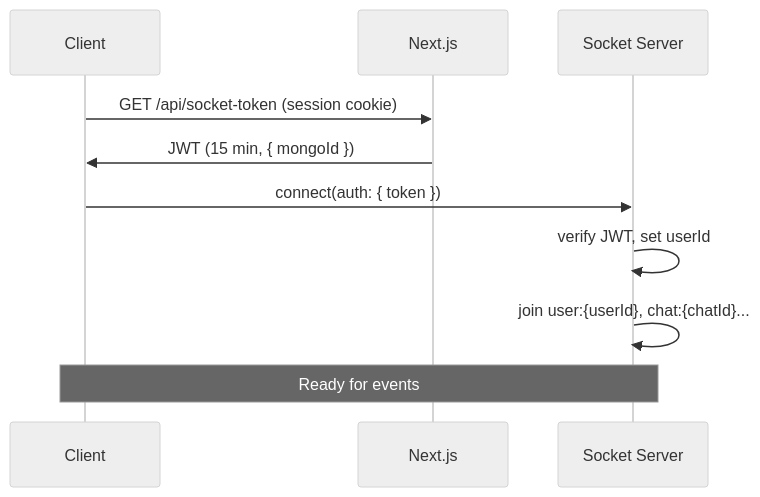
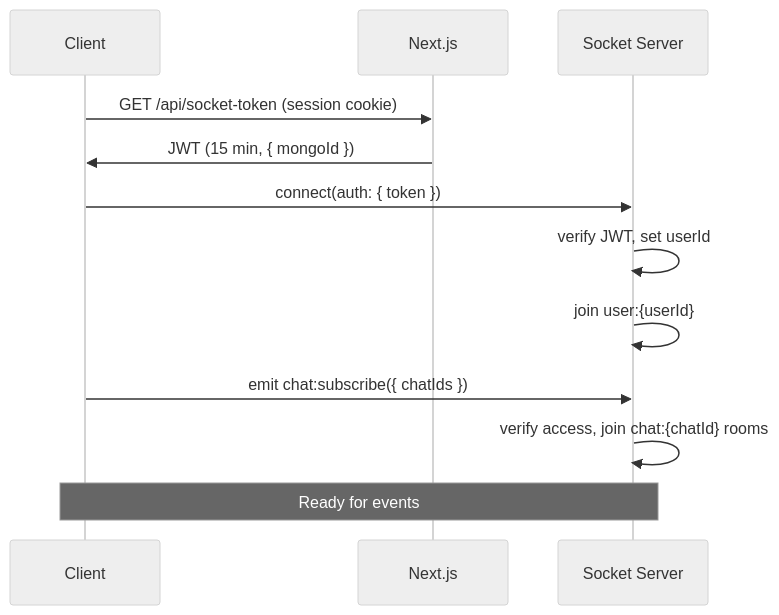
Before and after one commit to vinayak-jaybhaye/crewchat: the third of 3 diagrams in docs/REALTIME.md, drawn with Mermaid (neutral theme). The commit also changed other lines of this file and 3 other files, not shown here.

Commit message:
docs: update architecture, realtime, and deployment documentation for next.js 16 and socket scaling

````diff
--- a/docs/REALTIME.md
+++ b/docs/REALTIME.md
@@ -131,13 +141,15 @@
 ```mermaid
 sequenceDiagram
     participant Client
     participant Web as Next.js
     participant Socket as Socket Server
 
     Client->>Web: GET /api/socket-token (session cookie)
     Web->>Client: JWT (15 min, { mongoId })
     Client->>Socket: connect(auth: { token })
     Socket->>Socket: verify JWT, set userId
-    Socket->>Socket: join user:{userId}, chat:{chatId}...
+    Socket->>Socket: join user:{userId}
+    Client->>Socket: emit chat:subscribe({ chatIds })
+    Socket->>Socket: verify access, join chat:{chatId} rooms
     Note over Client,Socket: Ready for events
 ```
````
